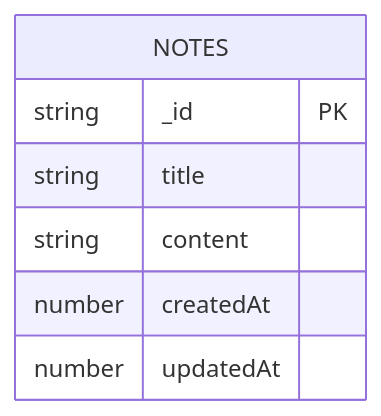
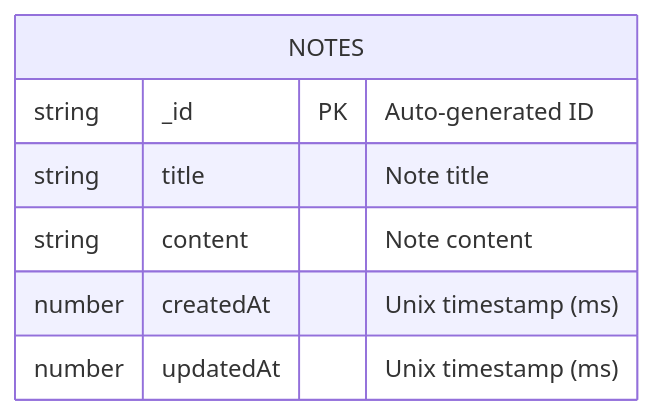
Before and after one commit to sabry-awad97/convex-notes: the fifth of 5 diagrams in README.md, drawn with Mermaid. The commit also changed other lines of this file and 5 other files, not shown here.

````diff
--- a/README.md
+++ b/README.md
@@ -193,10 +370,10 @@
 ```mermaid
 erDiagram
     NOTES {
-        string _id PK
-        string title
-        string content
-        number createdAt
-        number updatedAt
+        string _id PK "Auto-generated ID"
+        string title "Note title"
+        string content "Note content"
+        number createdAt "Unix timestamp (ms)"
+        number updatedAt "Unix timestamp (ms)"
     }
 ```
````
